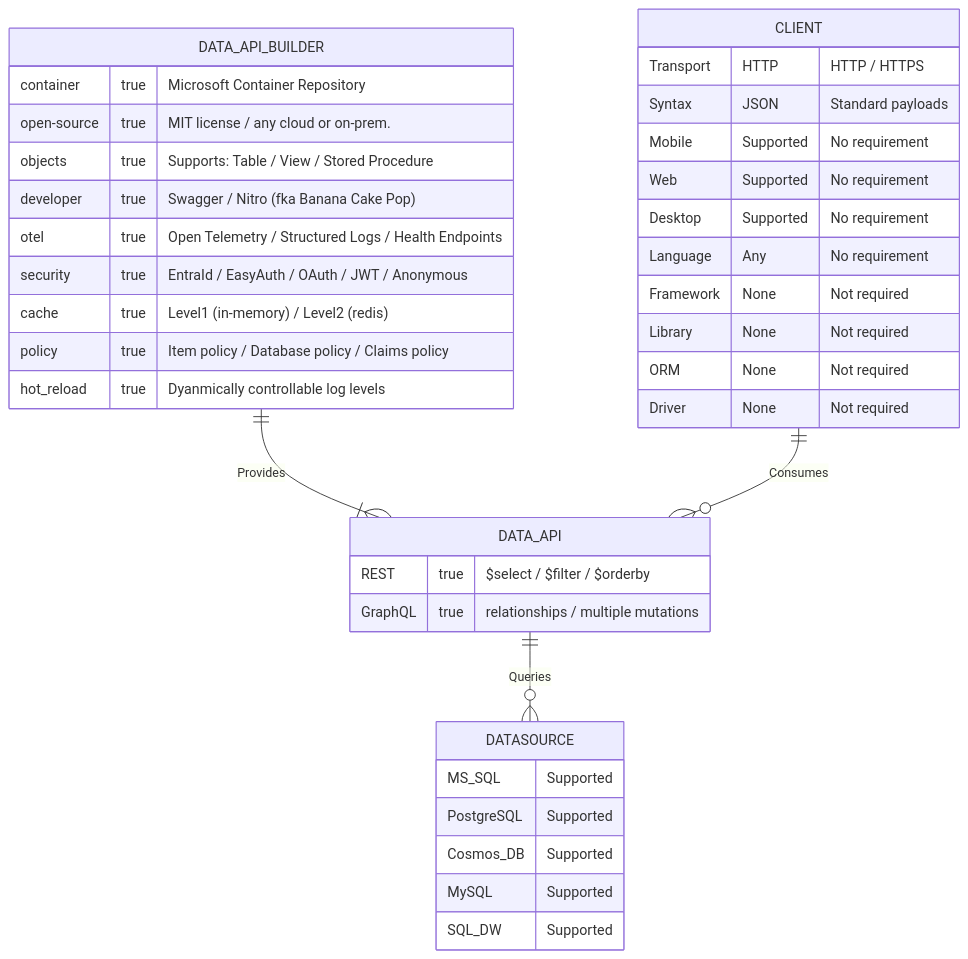
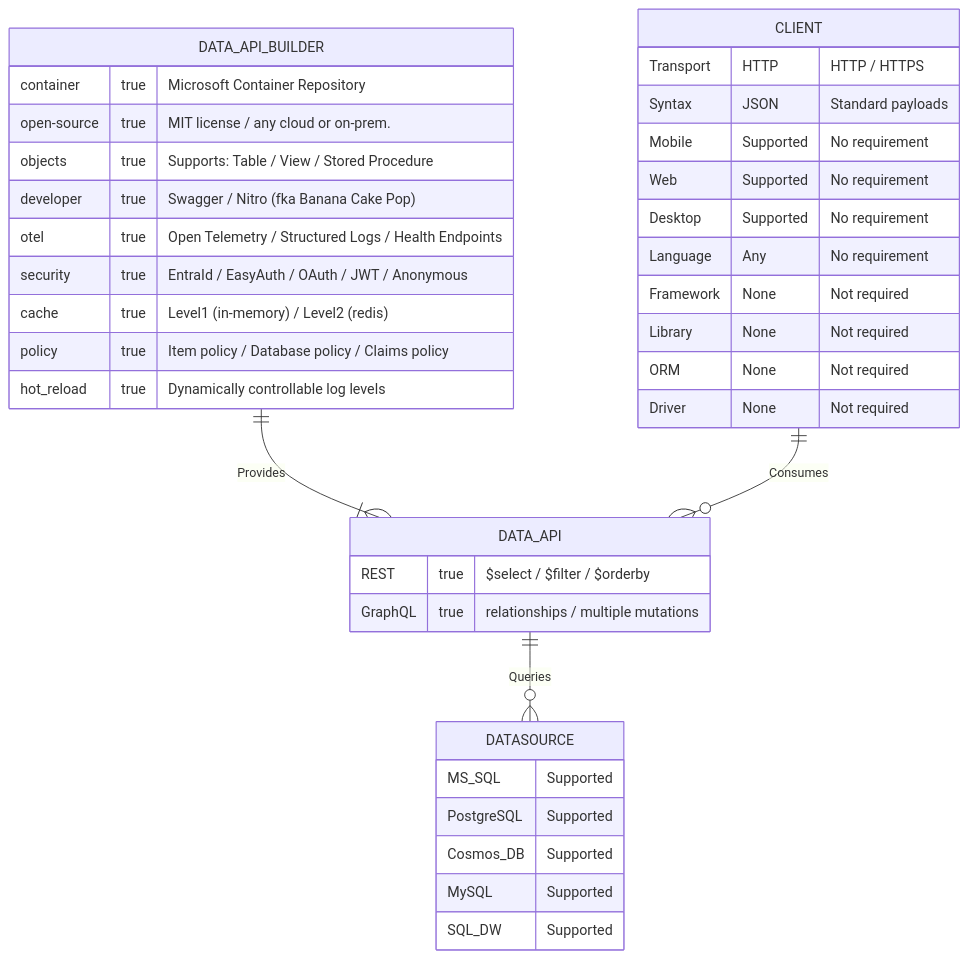
One commit to Azure/data-api-builder changed the first of 2 diagrams in README.md. Above: the diagram before and after it, drawn with Mermaid.

````diff
--- a/README.md
+++ b/README.md
@@ -20,40 +20,40 @@
 ```mermaid
 erDiagram
     DATA_API_BUILDER ||--|{ DATA_API : "Provides"
     DATA_API_BUILDER {
         container true "Microsoft Container Repository"
         open-source true "MIT license / any cloud or on-prem."
         objects true "Supports: Table / View / Stored Procedure"
         developer true "Swagger / Nitro (fka Banana Cake Pop)"
         otel true "Open Telemetry / Structured Logs / Health Endpoints"
         security true "EntraId / EasyAuth / OAuth / JWT / Anonymous"
         cache true "Level1 (in-memory) / Level2 (redis)"
         policy true "Item policy / Database policy / Claims policy"
-        hot_reload true "Dyanmically controllable log levels"
+        hot_reload true "Dynamically controllable log levels"
     }
     DATA_API ||--o{ DATASOURCE : "Queries"
     DATA_API {
         REST true "$select / $filter / $orderby"
         GraphQL true "relationships / multiple mutations"
     }
     DATASOURCE {
         MS_SQL Supported
         PostgreSQL Supported
         Cosmos_DB Supported
         MySQL Supported
         SQL_DW Supported
     }
     CLIENT ||--o{ DATA_API : "Consumes"
     CLIENT {
         Transport HTTP "HTTP / HTTPS"
         Syntax JSON "Standard payloads"
         Mobile Supported "No requirement"
         Web Supported "No requirement"
         Desktop Supported "No requirement"
         Language Any "No requirement"
         Framework None "Not required"
         Library None "Not required"
         ORM None "Not required"
         Driver None "Not required"
     }
 ```
````
